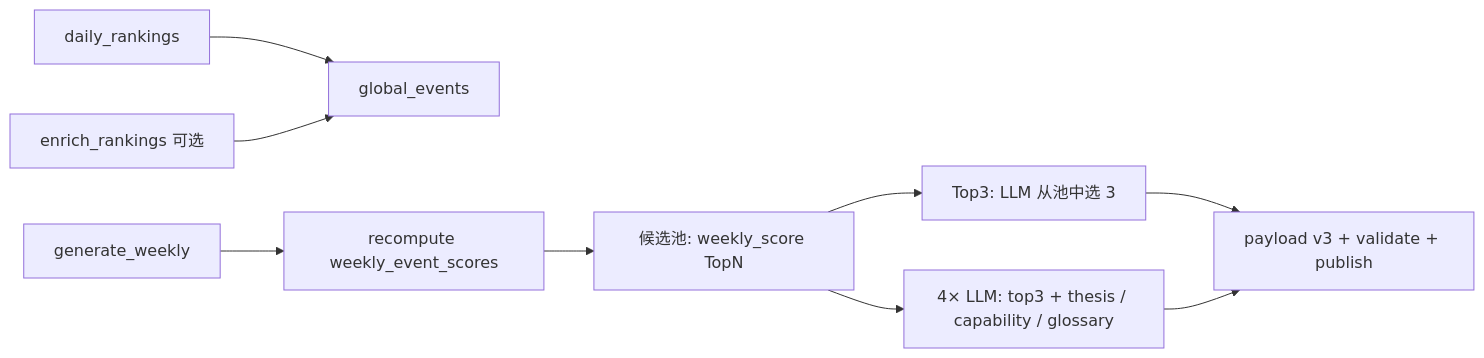
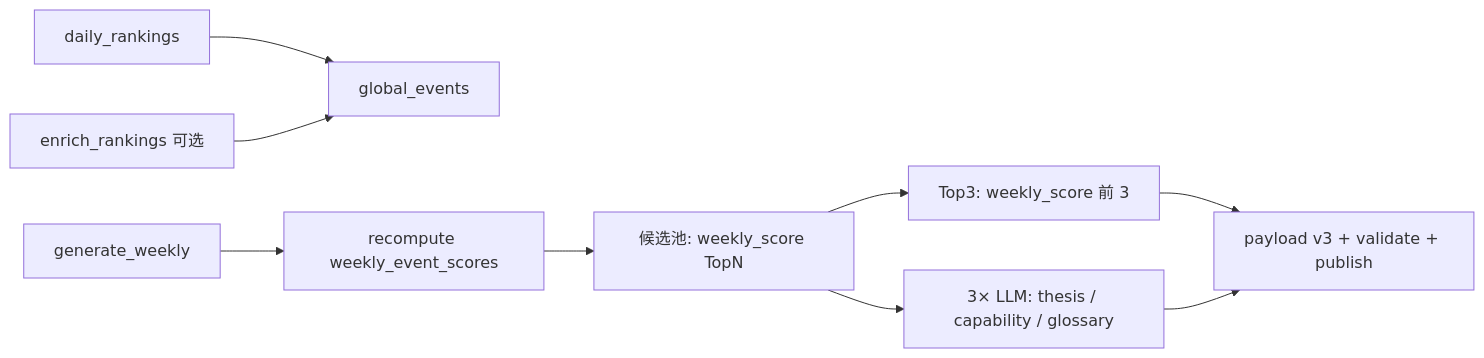
Before and after one commit to ljunnan24-hash/ai-pulse: the first of 2 diagrams in docs/MULTI_AGENT_V1.md, drawn with Mermaid. The commit also changed other lines of this file and 29 other files, not shown here.

````diff
--- a/docs/MULTI_AGENT_V1.md
+++ b/docs/MULTI_AGENT_V1.md
@@ -18,11 +18,11 @@
 ```mermaid
 flowchart LR
   DR[daily_rankings] --> GE[global_events]
   ER[enrich_rankings 可选] --> GE
   GW[generate_weekly] --> WS[recompute weekly_event_scores]
   WS --> POOL[候选池: weekly_score TopN]
-  POOL --> T3[Top3: LLM 从池中选 3]
-  POOL --> LLM[4× LLM: top3 + thesis / capability / glossary]
+  POOL --> T3[Top3: weekly_score 前 3]
+  POOL --> LLM[3× LLM: thesis / capability / glossary]
   T3 --> P[payload v3 + validate + publish]
   LLM --> P
 ```
````
